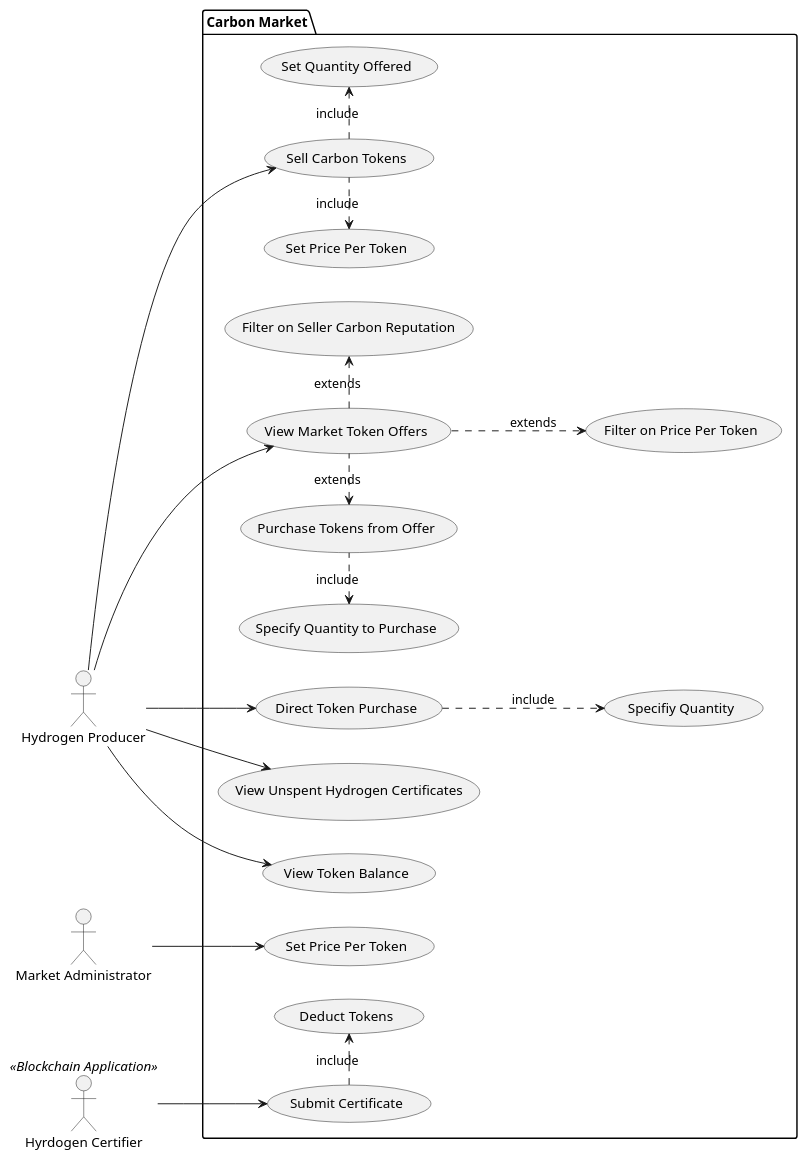
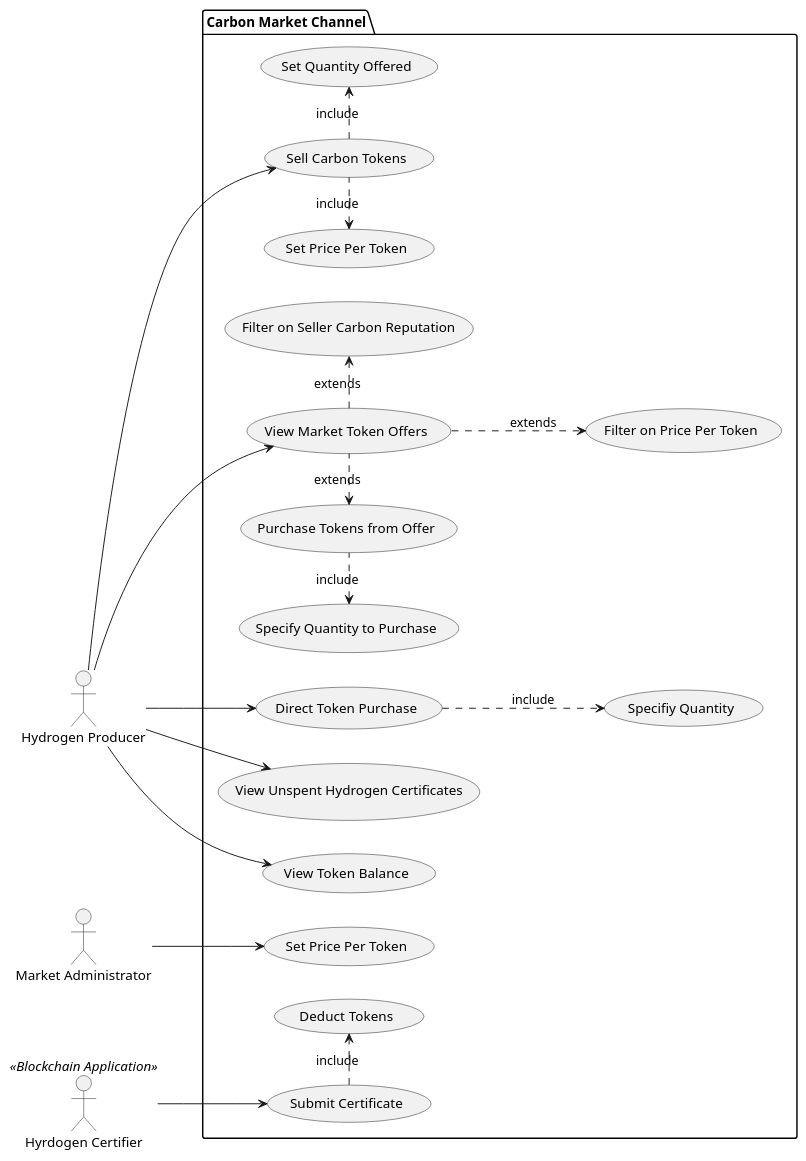
One commit to oscargolding/Carboncoin-ESG changed the diagram in diagrams/usecase.pu. Above: the diagram before and after it, drawn with PlantUML. The commit also changed 18 other files, not shown here.

First line of the commit message:
feat(diagrams): diagrams

```diff
--- a/diagrams/usecase.pu
+++ b/diagrams/usecase.pu
@@ -1,38 +1,38 @@
 @startuml CarbonMarket
 left to right direction
 actor "Hydrogen Producer" as hp
 actor "Market Administrator" as ma
 :Hyrdogen Certifier: as BlockCert << Blockchain Application >>
-package "Carbon Market" {
+package "Carbon Market Channel" {
   usecase "Direct Token Purchase" as UC1
   usecase "Set Price Per Token" as UC2
   usecase "Sell Carbon Tokens" as UC3
   usecase "View Market Token Offers" as UC4
   usecase "View Unspent Hydrogen Certificates" as UC5
   usecase "View Token Balance" as UC6
   usecase "Set Quantity Offered" as UC7
   usecase "Set Price Per Token" as UC8
   usecase "Filter on Seller Carbon Reputation" as UC9
   usecase UC10 as "Purchase Tokens from Offer"
   usecase UC11 as "Specify Quantity to Purchase"
   usecase UC12 as "Submit Certificate"
   usecase UC13 as "Deduct Tokens"
   usecase UC14 as "Filter on Price Per Token"
   usecase UC15 as "Specifiy Quantity"
   (UC3) .> (UC7) : include
   (UC3) .l.> (UC8) : include
   (UC4) .> (UC9) : extends
   (UC4) .l.> (UC10) : extends
   (UC4) .down.> (UC14) : extends
   (UC10) .l.> (UC11) : include
   (UC12) .r.> (UC13) : include
   (UC1) .down.> (UC15) : include
 }
 hp --> UC1
 hp --> UC3
 hp --> UC4
 hp --> UC5
 hp --> UC6
 ma --> UC2
 BlockCert --> UC12
 @enduml
```
